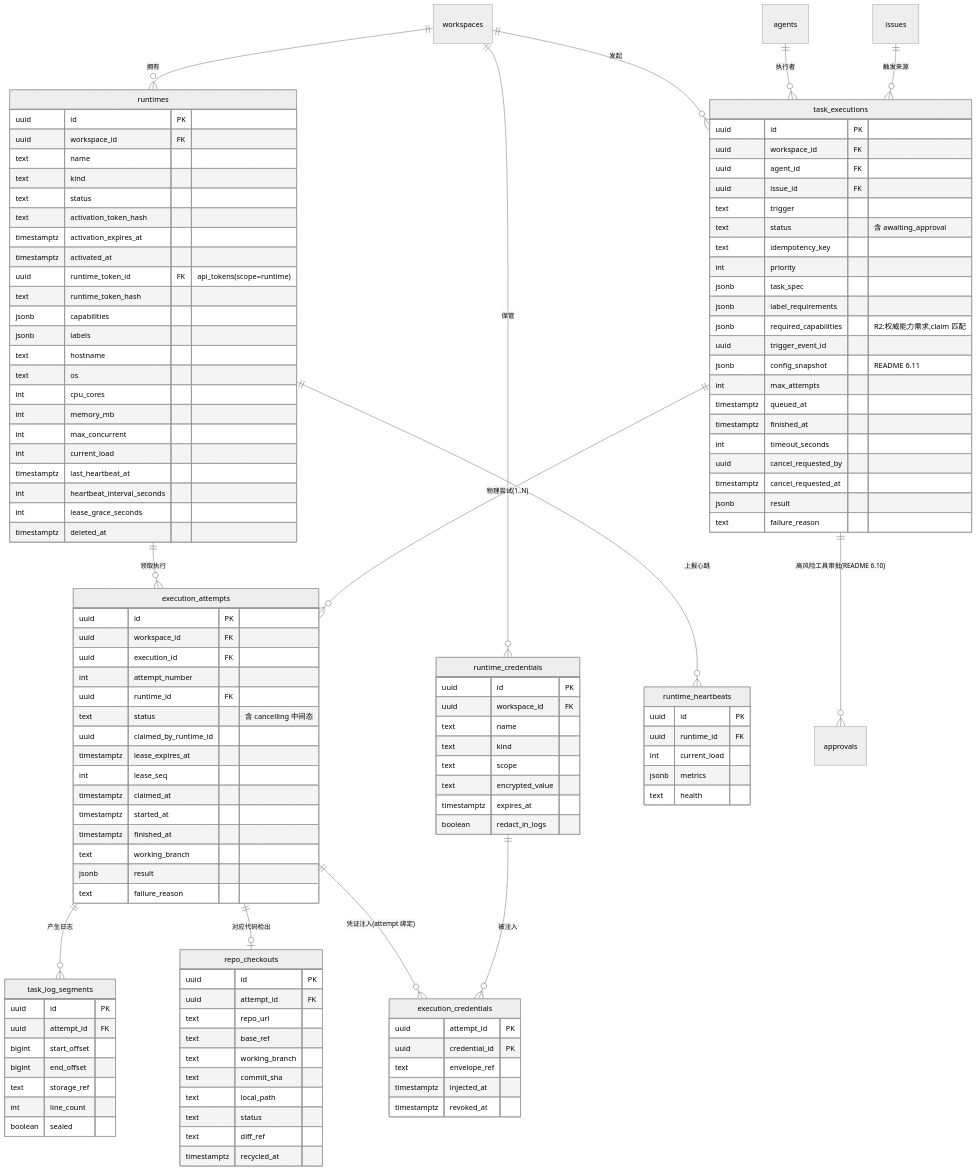
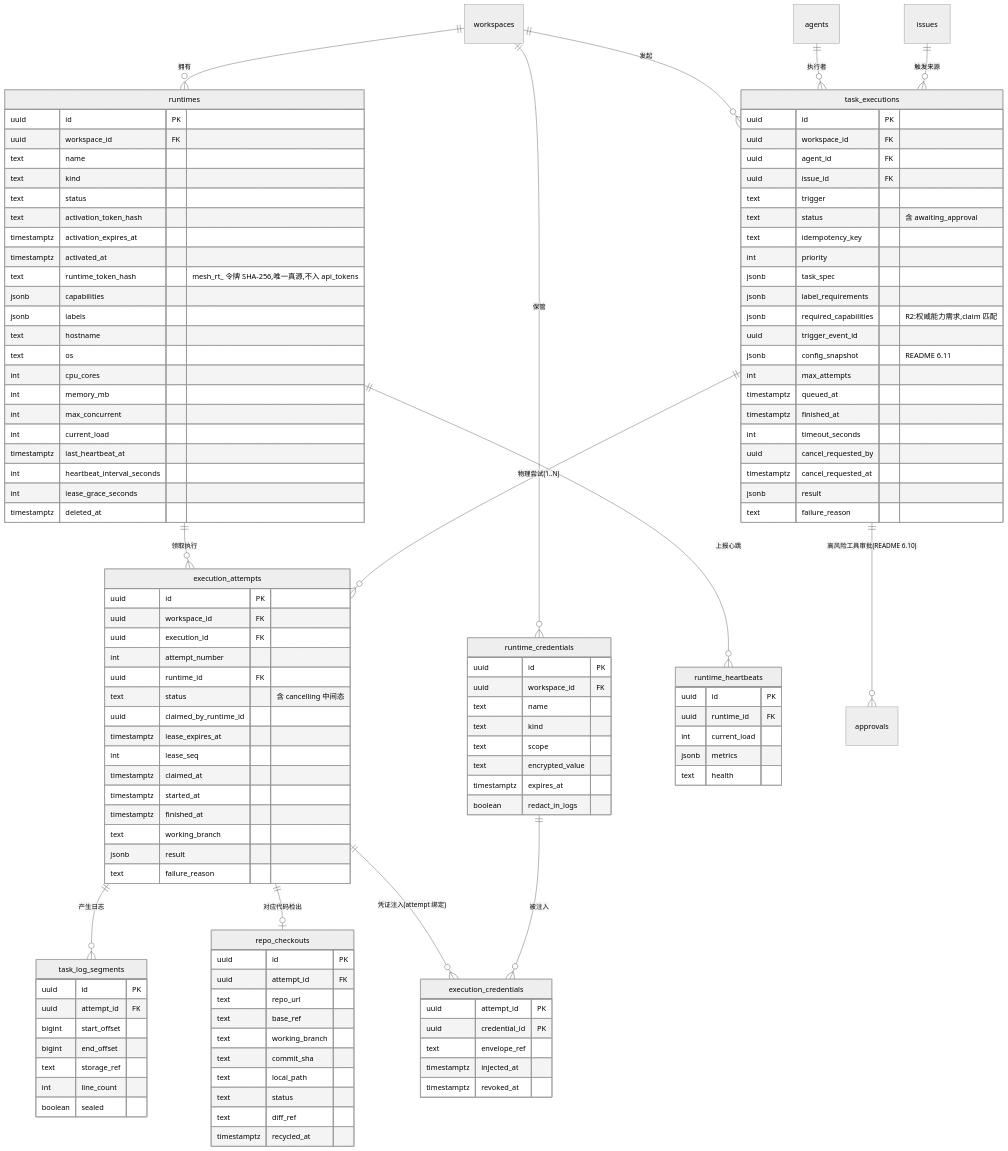
The first of 2 diagrams in docs/specs/features/runtime.md (cnwenf/Mesh), drawn with Mermaid (neutral theme) before and after one commit. The commit also changed other lines of this file and 9 other files, not shown here.

```diff
--- a/docs/specs/features/runtime.md
+++ b/docs/specs/features/runtime.md
@@ -103,8 +103,7 @@
         text activation_token_hash
         timestamptz activation_expires_at
         timestamptz activated_at
-        uuid runtime_token_id FK "api_tokens(scope=runtime)"
-        text runtime_token_hash
+        text runtime_token_hash "mesh_rt_ 令牌 SHA-256,唯一真源,不入 api_tokens"
         jsonb capabilities
         jsonb labels
         text hostname
```
